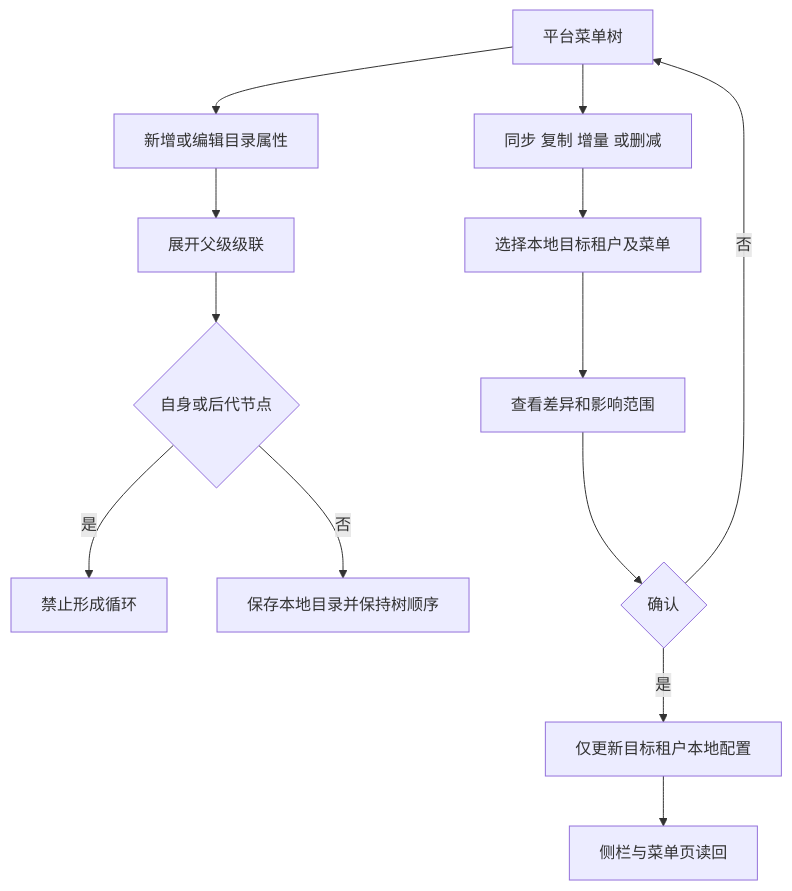
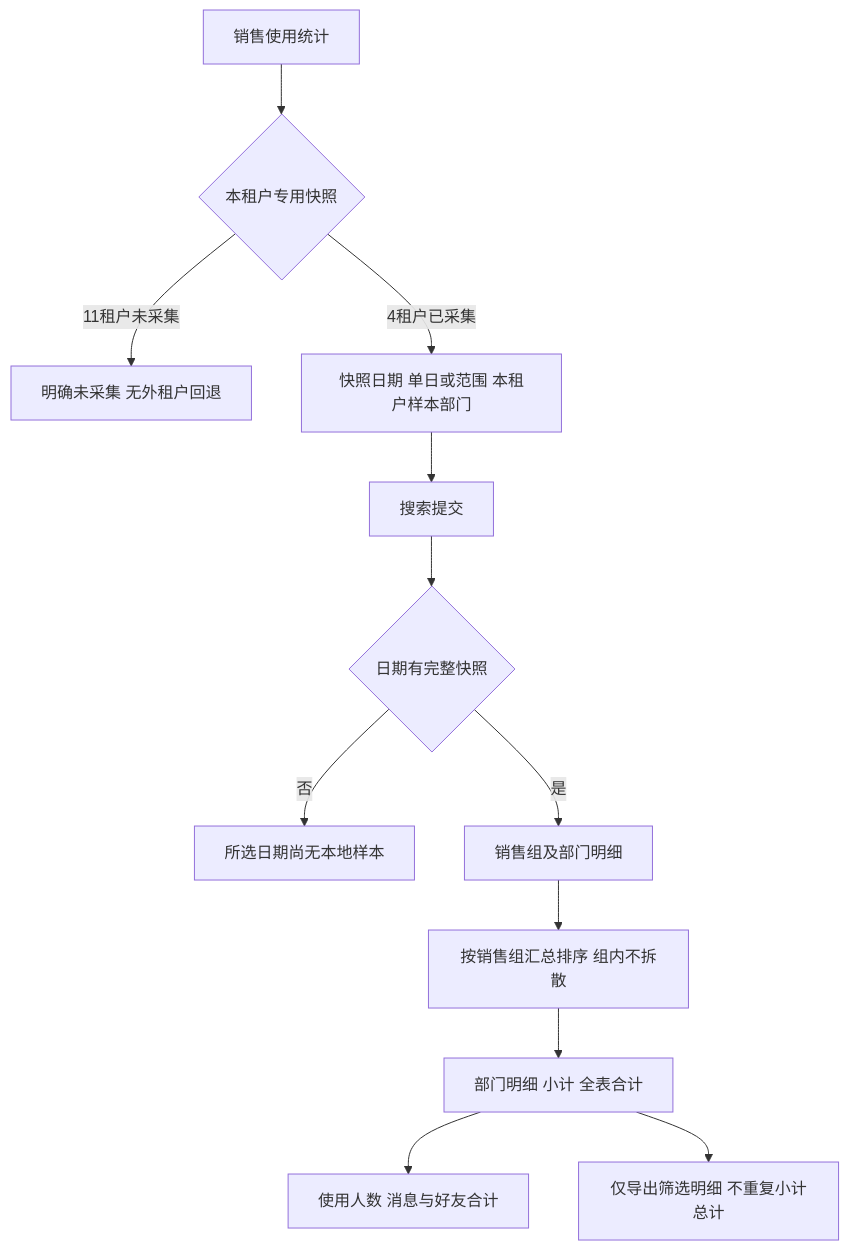
The fifth of 7 diagrams in flowcharts/admin-live-reference.md (xfang9528-glitch/suiyin-admin), drawn with Mermaid before and after one commit. The commit also changed other lines of this file and 195 other files, not shown here.

````diff
--- a/flowcharts/admin-live-reference.md
+++ b/flowcharts/admin-live-reference.md
@@ -66,15 +95,14 @@
 ```mermaid
 flowchart TD
-    Platform[平台菜单树] --> Edit[新增或编辑目录属性]
-    Edit --> Parent[展开父级级联]
-    Parent --> Cycle{自身或后代节点}
-    Cycle -->|是| Prevent[禁止形成循环]
-    Cycle -->|否| Save[保存本地目录并保持树顺序]
-    Platform --> Action[同步 复制 增量 或删减]
-    Action --> Targets[选择本地目标租户及菜单]
-    Targets --> Preview[查看差异和影响范围]
-    Preview --> Confirm{确认}
-    Confirm -->|否| Platform
-    Confirm -->|是| Apply[仅更新目标租户本地配置]
-    Apply --> Nav[侧栏与菜单页读回]
+    Entry[销售使用统计] --> Model{本租户专用快照}
+    Model -->|11租户未采集| Missing[明确未采集 无外租户回退]
+    Model -->|4租户已采集| Draft[快照日期 单日或范围 本租户样本部门]
+    Draft --> Search[搜索提交]
+    Search --> Complete{日期有完整快照}
+    Complete -->|否| NoSnapshot[所选日期尚无本地样本]
+    Complete -->|是| Groups[销售组及部门明细]
+    Groups --> Sort[按销售组汇总排序 组内不拆散]
+    Sort --> Table[部门明细 小计 全表合计]
+    Table --> Summary[使用人数 消息与好友合计]
+    Table --> CSV[仅导出筛选明细 不重复小计总计]
 ```
````
